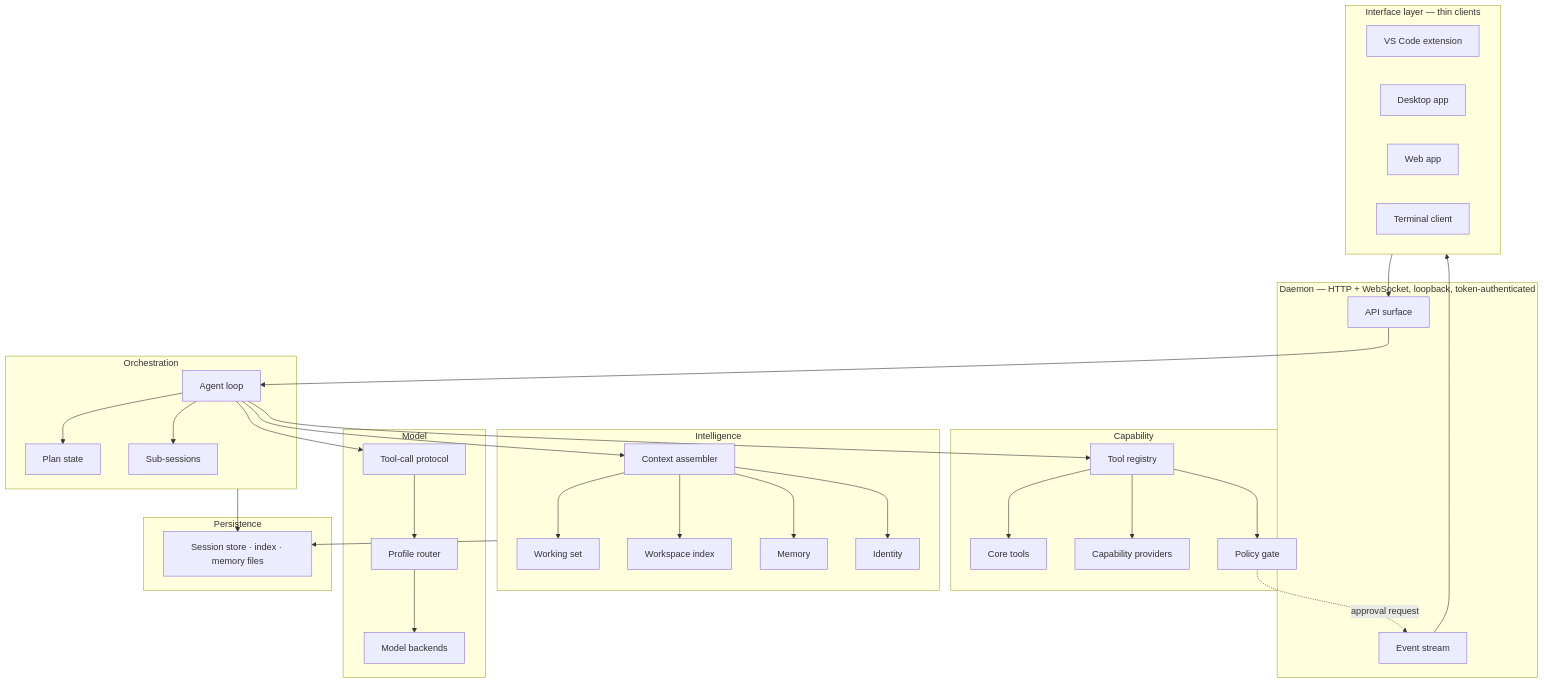
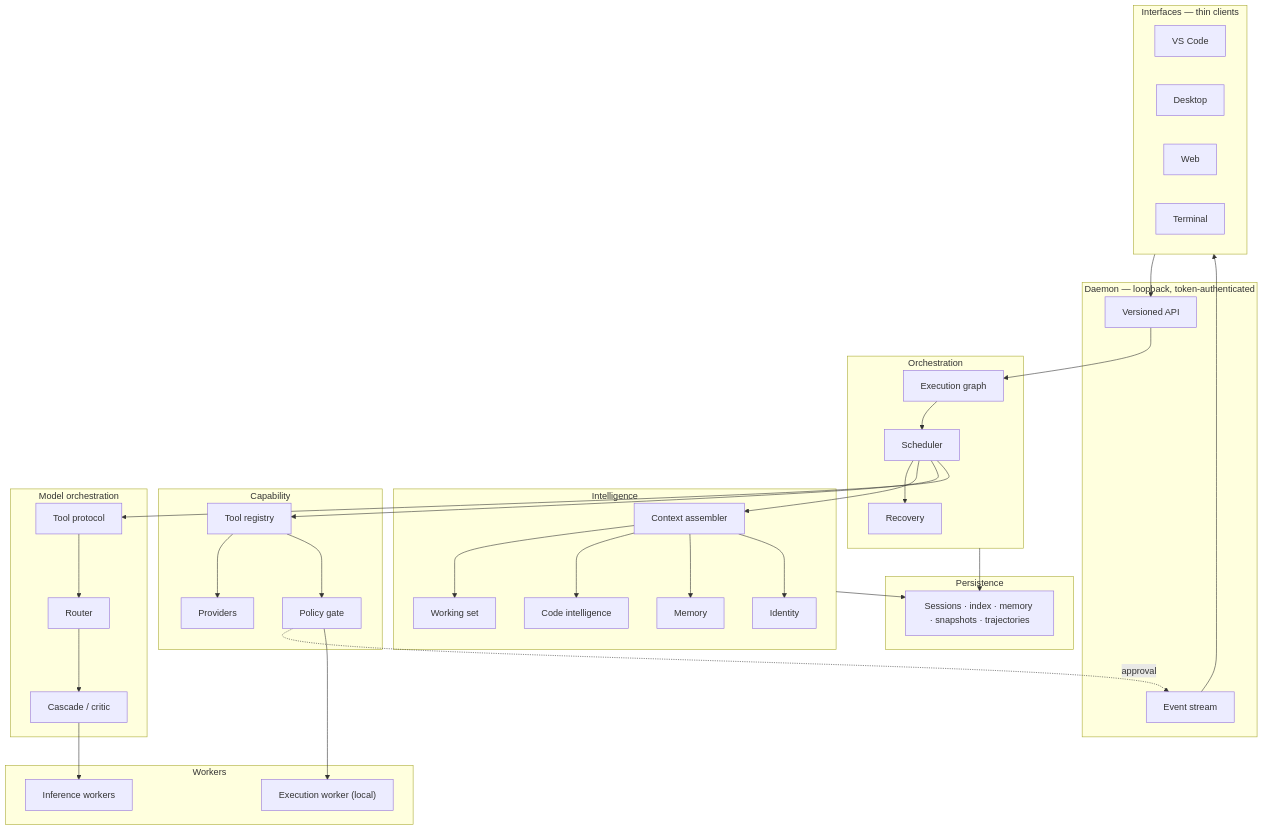
Before and after one commit to MARIONGames/SolaraAI: the first of 2 diagrams in docs/architecture/architecture.md, drawn with Mermaid. The commit also changed other lines of this file and 8 other files, not shown here.

````diff
--- a/docs/architecture/architecture.md
+++ b/docs/architecture/architecture.md
@@ -46,66 +66,71 @@
 ```mermaid
 flowchart TB
-    subgraph I["Interface layer — thin clients"]
-        VS["VS Code extension"]
-        DT["Desktop app"]
-        WB["Web app"]
-        CLI["Terminal client"]
+    subgraph I["Interfaces — thin clients"]
+        VS["VS Code"]
+        DT["Desktop"]
+        WB["Web"]
+        CLI["Terminal"]
     end
 
-    subgraph D["Daemon — HTTP + WebSocket, loopback, token-authenticated"]
-        API["API surface"]
+    subgraph D["Daemon — loopback, token-authenticated"]
+        API["Versioned API"]
         EV["Event stream"]
     end
 
     subgraph O["Orchestration"]
-        LOOP["Agent loop"]
-        PLAN["Plan state"]
-        SUB["Sub-sessions"]
+        GRAPH["Execution graph"]
+        SCHED["Scheduler"]
+        REC["Recovery"]
     end
 
     subgraph N["Intelligence"]
         CTX["Context assembler"]
-        WS["Working set"]
-        IDX["Workspace index"]
+        WSET["Working set"]
+        CI["Code intelligence"]
         MEM["Memory"]
         ID["Identity"]
     end
 
     subgraph C["Capability"]
         REG["Tool registry"]
-        CORE["Core tools"]
-        PROV["Capability providers"]
+        PROV["Providers"]
         POL["Policy gate"]
     end
 
-    subgraph M["Model"]
-        ROUTE["Profile router"]
-        PROTO["Tool-call protocol"]
-        BE["Model backends"]
+    subgraph M["Model orchestration"]
+        ROUTE["Router"]
+        CASC["Cascade / critic"]
+        PROTO["Tool protocol"]
+    end
+
+    subgraph W["Workers"]
+        INF["Inference workers"]
+        EXEC["Execution worker (local)"]
     end
 
     subgraph P["Persistence"]
-        STORE["Session store · index · memory files"]
+        STORE["Sessions · index · memory · snapshots · trajectories"]
     end
 
     I --> API
     EV --> I
-    API --> LOOP
-    LOOP --> PLAN
-    LOOP --> SUB
-    LOOP --> CTX
-    CTX --> WS
-    CTX --> IDX
+    API --> GRAPH
+    GRAPH --> SCHED
+    SCHED --> REC
+    SCHED --> CTX
+    CTX --> WSET
+    CTX --> CI
     CTX --> MEM
     CTX --> ID
-    LOOP --> REG
-    REG --> CORE
+    SCHED --> REG
     REG --> PROV
     REG --> POL
-    POL -.approval request.-> EV
-    LOOP --> PROTO
+    POL -.approval.-> EV
+    POL --> EXEC
+    SCHED --> PROTO
     PROTO --> ROUTE
-    ROUTE --> BE
+    ROUTE --> CASC
+    CASC --> INF
     O --> STORE
     N --> STORE
 ```
````
